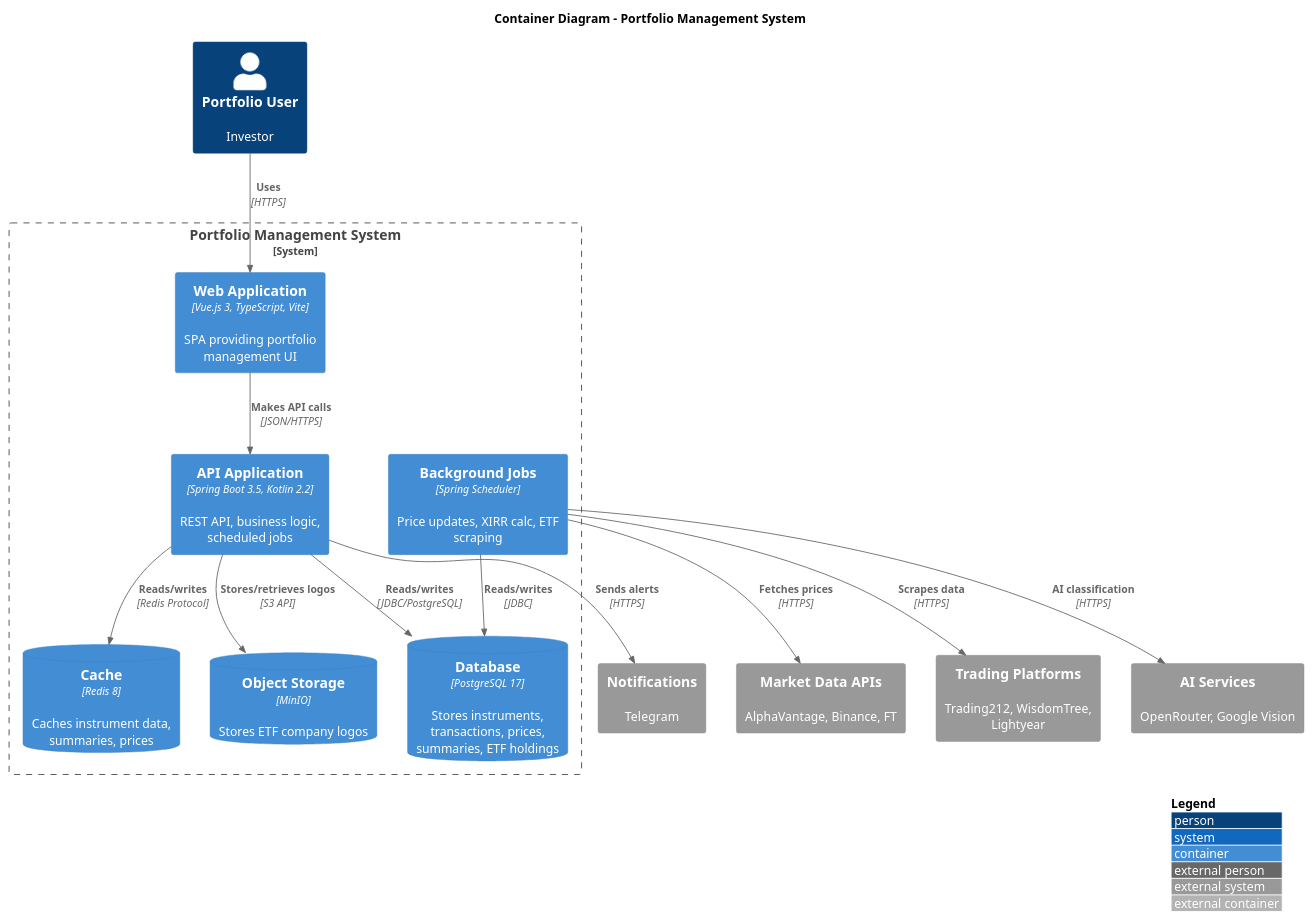
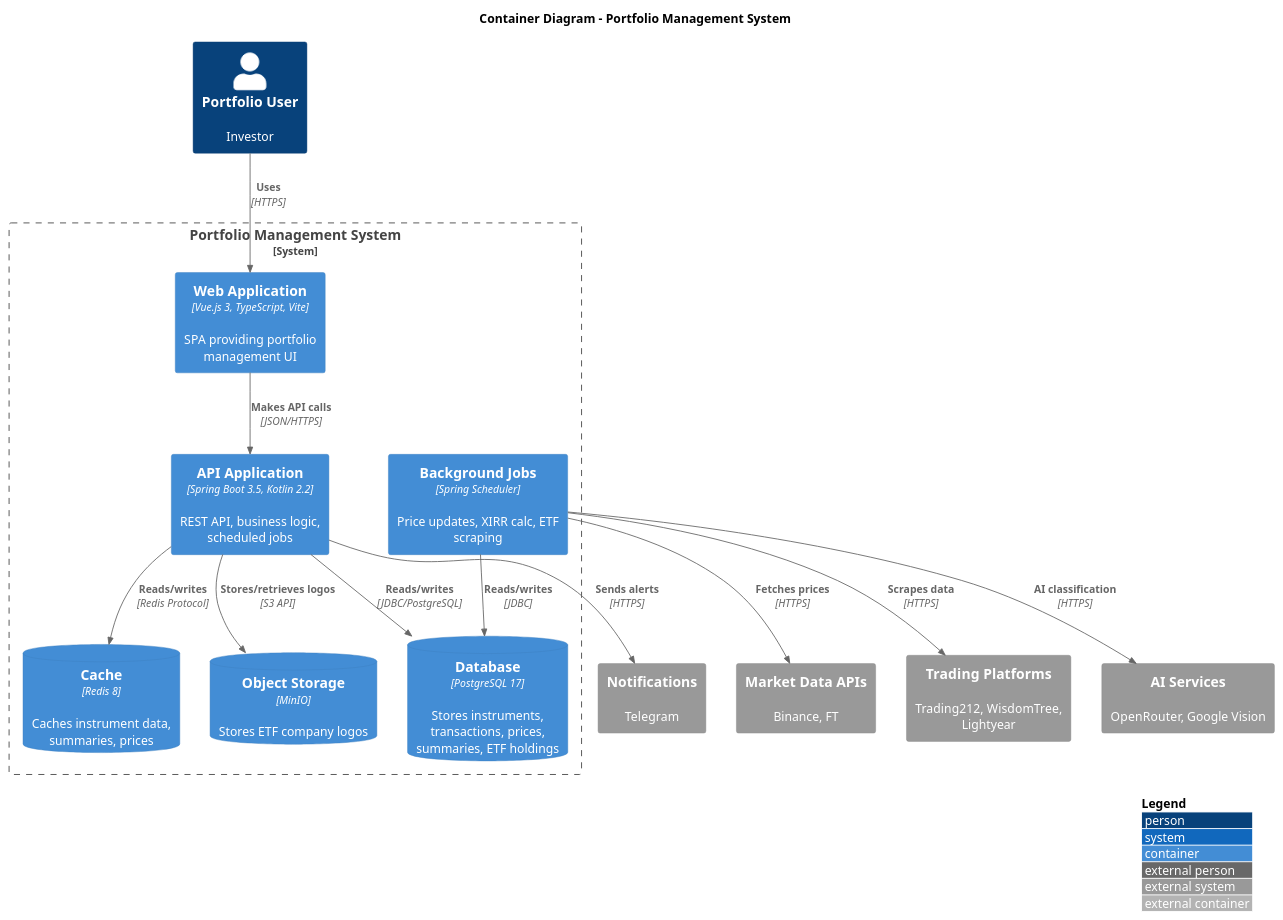
The diagram in docs/architecture/container-diagram.puml (ktenman/portfolio), drawn with PlantUML before and after one commit. The commit also changed 48 other files, not shown here.

First line of the commit message:
Remove Alpha Vantage integration

```diff
--- a/docs/architecture/container-diagram.puml
+++ b/docs/architecture/container-diagram.puml
@@ -1,37 +1,37 @@
 @startuml container-diagram
 !include https://raw.githubusercontent.com/plantuml-stdlib/C4-PlantUML/master/C4_Container.puml
 
 LAYOUT_WITH_LEGEND()
 
 title Container Diagram - Portfolio Management System
 
 Person(user, "Portfolio User", "Investor")
 
 System_Boundary(portfolio, "Portfolio Management System") {
     Container(web_app, "Web Application", "Vue.js 3, TypeScript, Vite", "SPA providing portfolio management UI")
     Container(api_app, "API Application", "Spring Boot 3.5, Kotlin 2.2", "REST API, business logic, scheduled jobs")
     ContainerDb(database, "Database", "PostgreSQL 17", "Stores instruments, transactions, prices, summaries, ETF holdings")
     ContainerDb(cache, "Cache", "Redis 8", "Caches instrument data, summaries, prices")
     ContainerDb(storage, "Object Storage", "MinIO", "Stores ETF company logos")
     Container(jobs, "Background Jobs", "Spring Scheduler", "Price updates, XIRR calc, ETF scraping")
 }
 
-System_Ext(market_apis, "Market Data APIs", "AlphaVantage, Binance, FT")
+System_Ext(market_apis, "Market Data APIs", "Binance, FT")
 System_Ext(platform_apis, "Trading Platforms", "Trading212, WisdomTree, Lightyear")
 System_Ext(ai_services, "AI Services", "OpenRouter, Google Vision")
 System_Ext(notification, "Notifications", "Telegram")
 
 Rel(user, web_app, "Uses", "HTTPS")
 Rel(web_app, api_app, "Makes API calls", "JSON/HTTPS")
 
 Rel(api_app, database, "Reads/writes", "JDBC/PostgreSQL")
 Rel(api_app, cache, "Reads/writes", "Redis Protocol")
 Rel(api_app, storage, "Stores/retrieves logos", "S3 API")
 
 Rel(jobs, database, "Reads/writes", "JDBC")
 Rel(jobs, market_apis, "Fetches prices", "HTTPS")
 Rel(jobs, platform_apis, "Scrapes data", "HTTPS")
 Rel(jobs, ai_services, "AI classification", "HTTPS")
 Rel(api_app, notification, "Sends alerts", "HTTPS")
 
 @enduml
```
